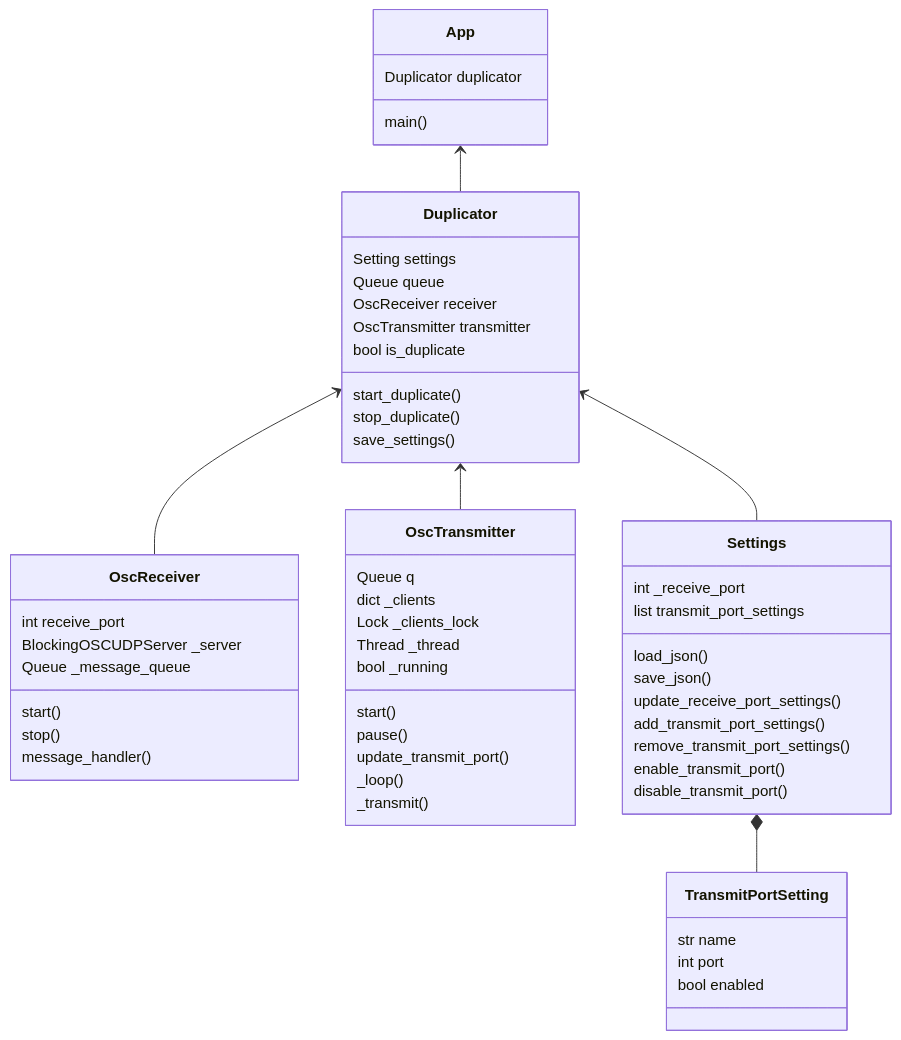
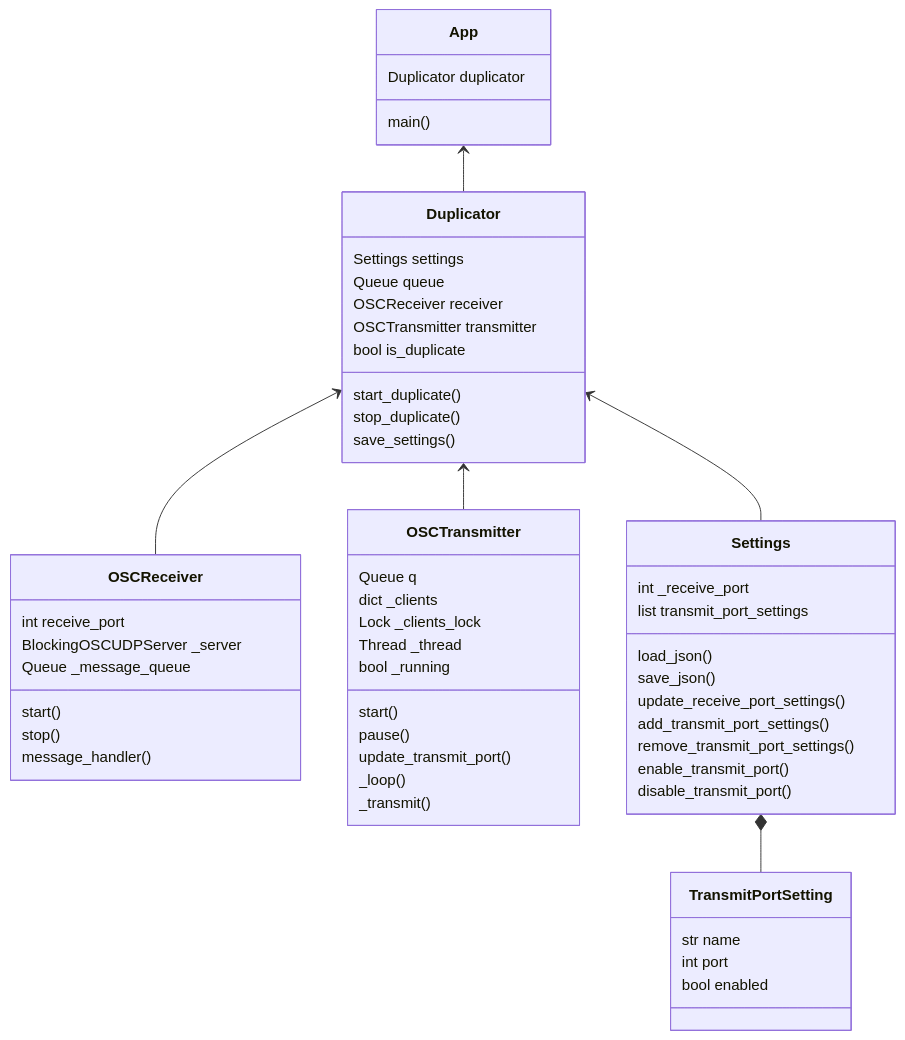
One commit to aruma256/OSCDuplicator changed the diagram in docs/class_diagram.md. Above: the diagram before and after it, drawn with Mermaid.

Commit message:
表記ゆれの修正

````diff
--- a/docs/class_diagram.md
+++ b/docs/class_diagram.md
@@ -3,59 +3,59 @@
 ```mermaid
 classDiagram
 class App
 App : Duplicator duplicator
 App : main()
 
 class Duplicator
-Duplicator : Setting settings
+Duplicator : Settings settings
 Duplicator : Queue queue
-Duplicator : OscReceiver receiver
-Duplicator : OscTransmitter transmitter
+Duplicator : OSCReceiver receiver
+Duplicator : OSCTransmitter transmitter
 Duplicator : bool is_duplicate
 Duplicator : start_duplicate()
 Duplicator : stop_duplicate()
 Duplicator : save_settings()
 
-class OscReceiver
-OscReceiver : int receive_port
-OscReceiver : BlockingOSCUDPServer _server
-OscReceiver : Queue _message_queue
-OscReceiver : start()
-OscReceiver : stop()
-OscReceiver : message_handler()
+class OSCReceiver
+OSCReceiver : int receive_port
+OSCReceiver : BlockingOSCUDPServer _server
+OSCReceiver : Queue _message_queue
+OSCReceiver : start()
+OSCReceiver : stop()
+OSCReceiver : message_handler()
 
-class OscTransmitter
-OscTransmitter : Queue q
-OscTransmitter : dict _clients
-OscTransmitter : Lock _clients_lock
-OscTransmitter : Thread _thread
-OscTransmitter : bool _running
-OscTransmitter : start()
-OscTransmitter : pause()
-OscTransmitter : update_transmit_port()
-OscTransmitter : _loop()
-OscTransmitter : _transmit()
+class OSCTransmitter
+OSCTransmitter : Queue q
+OSCTransmitter : dict _clients
+OSCTransmitter : Lock _clients_lock
+OSCTransmitter : Thread _thread
+OSCTransmitter : bool _running
+OSCTransmitter : start()
+OSCTransmitter : pause()
+OSCTransmitter : update_transmit_port()
+OSCTransmitter : _loop()
+OSCTransmitter : _transmit()
 
 
 class Settings
 Settings : int _receive_port
 Settings : list transmit_port_settings
 Settings : load_json()
 Settings : save_json()
 Settings : update_receive_port_settings()
 Settings : add_transmit_port_settings()
 Settings : remove_transmit_port_settings()
 Settings : enable_transmit_port()
 Settings : disable_transmit_port()
 
 class TransmitPortSetting
 TransmitPortSetting : str name
 TransmitPortSetting : int port
 TransmitPortSetting : bool enabled
 
 App <-- Duplicator
 Duplicator <-- Settings
-Duplicator <-- OscReceiver
-Duplicator <-- OscTransmitter
+Duplicator <-- OSCReceiver
+Duplicator <-- OSCTransmitter
 Settings *-- TransmitPortSetting
 ```
````
